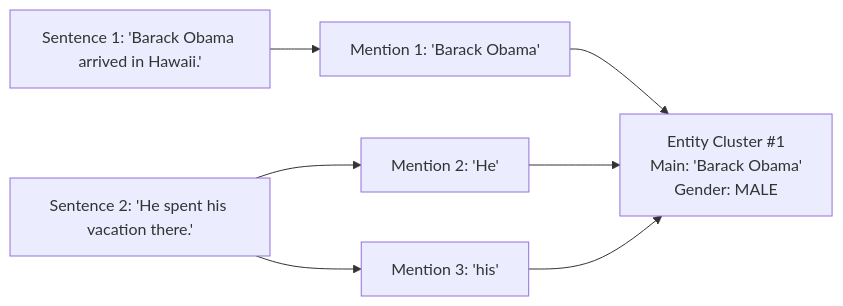
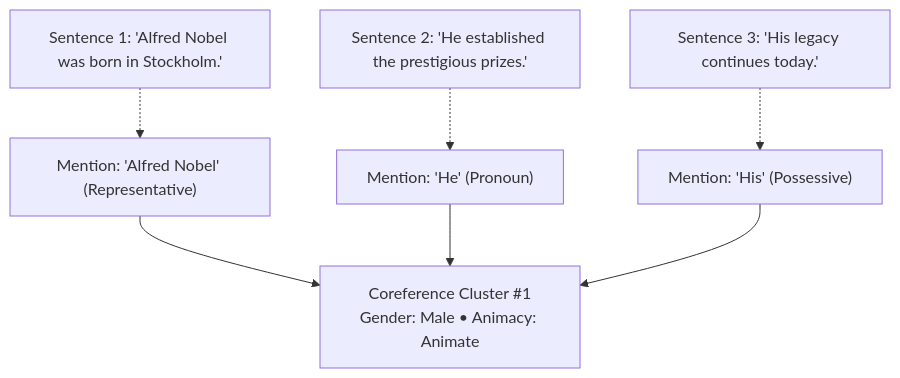
Before and after one commit to Shaik673/Textra: the fourth of 5 diagrams in README.md, drawn with Mermaid. The commit also changed other lines of this file and 26 other files, not shown here.

````diff
--- a/README.md
+++ b/README.md
@@ -349,16 +347,14 @@
 ```mermaid
-flowchart LR
-  S1["Sentence 1: 'Barack Obama arrived in Hawaii.'"]
-  S2["Sentence 2: 'He spent his vacation there.'"]
+flowchart TD
+  S1["Sentence 1: 'Alfred Nobel was born in Stockholm.'"]
+  S2["Sentence 2: 'He established the prestigious prizes.'"]
+  S3["Sentence 3: 'His legacy continues today.'"]
 
-  M1["Mention 1: 'Barack Obama'"]
-  M2["Mention 2: 'He'"]
-  M3["Mention 3: 'his'"]
+  S1 -.-> M1["Mention: 'Alfred Nobel' (Representative)"]
+  S2 -.-> M2["Mention: 'He' (Pronoun)"]
+  S3 -.-> M3["Mention: 'His' (Possessive)"]
 
-  S1 --> M1
-  S2 --> M2 & M3
-
-  M1 --> Cluster["Entity Cluster #1<br/>Main: 'Barack Obama'<br/>Gender: MALE"]
+  M1 --> Cluster["Coreference Cluster #1<br/>Gender: Male • Animacy: Animate"]
   M2 --> Cluster
   M3 --> Cluster
 ```
````
